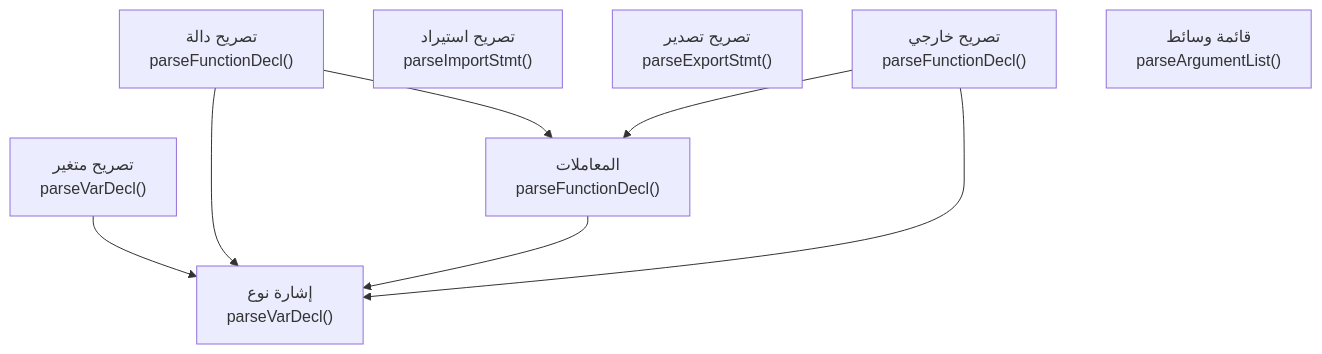
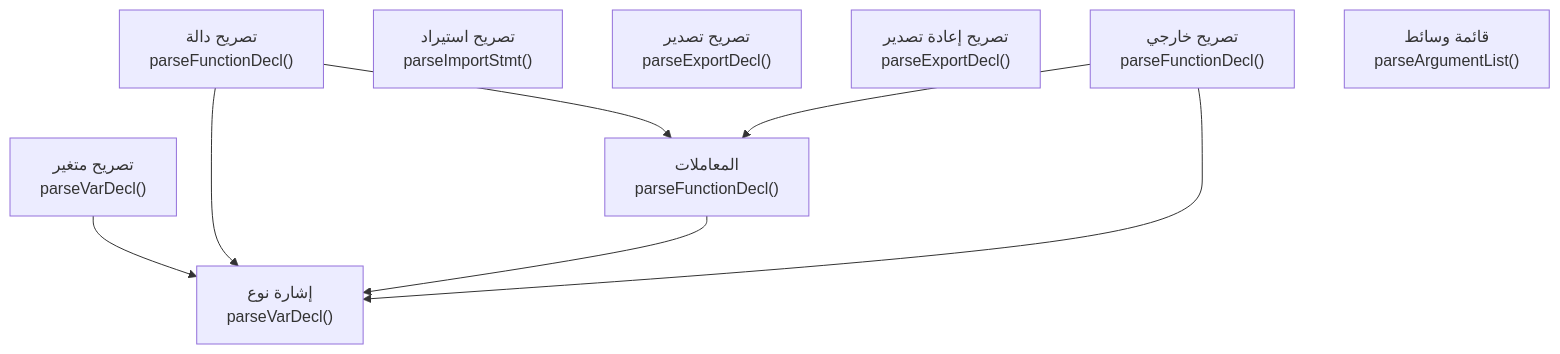
Before and after one commit to sadlang/sadlang: the first of 19 diagrams in docs/parser_rule/_generated/20_declarations.md, drawn with Mermaid. The commit also changed other lines of this file and 35 other files, not shown here.

````diff
--- a/docs/parser_rule/_generated/20_declarations.md
+++ b/docs/parser_rule/_generated/20_declarations.md
@@ -16,17 +16,18 @@
 ```mermaid
 flowchart TD
   o1["تصريح متغير<br/>parseVarDecl()"]
   o2["إشارة نوع<br/>parseVarDecl()"]
   o3["تصريح دالة<br/>parseFunctionDecl()"]
   o4["المعاملات<br/>parseFunctionDecl()"]
   o5["تصريح استيراد<br/>parseImportStmt()"]
-  o6["تصريح تصدير<br/>parseExportStmt()"]
-  o7["تصريح خارجي<br/>parseFunctionDecl()"]
-  o8["قائمة وسائط<br/>parseArgumentList()"]
+  o6["تصريح تصدير<br/>parseExportDecl()"]
+  o7["تصريح إعادة تصدير<br/>parseExportDecl()"]
+  o8["تصريح خارجي<br/>parseFunctionDecl()"]
+  o9["قائمة وسائط<br/>parseArgumentList()"]
   o1 --> o2
   o3 --> o2
   o3 --> o4
   o4 --> o2
-  o7 --> o2
-  o7 --> o4
+  o8 --> o2
+  o8 --> o4
 ```
````
